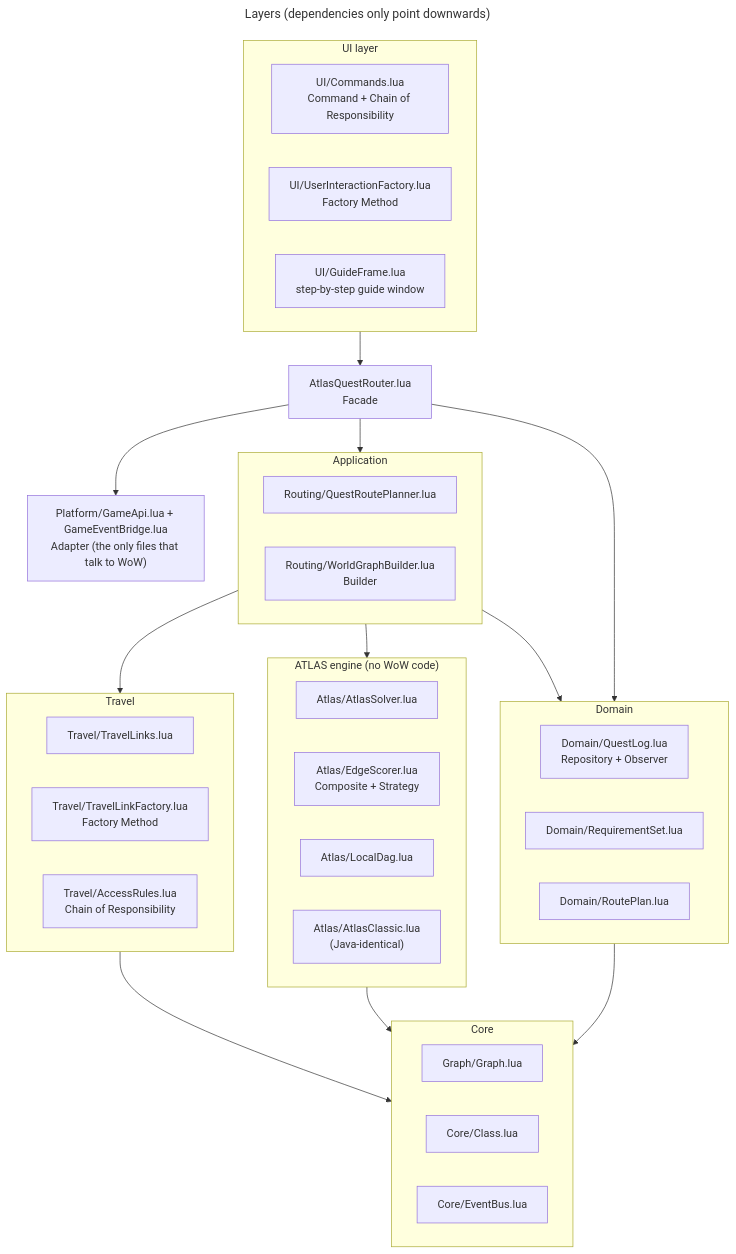
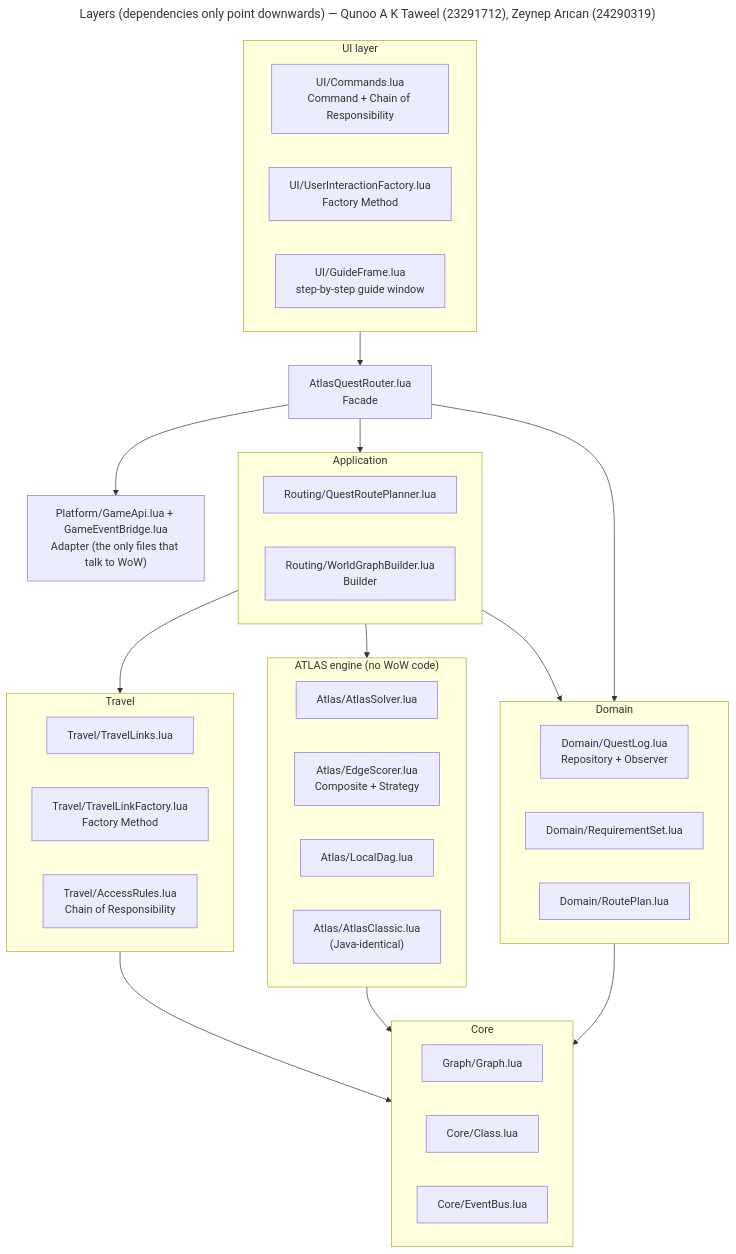
One commit to Qanoo-Taweel/wow-atlas-quest-router changed the diagram in docs/diagrams/packages.mmd. Above: the diagram before and after it, drawn with Mermaid. The commit also changed 18 other files, not shown here.

First line of the commit message:
UML: sync full class diagram with code, print-ready PDF, authors

```diff
--- a/docs/diagrams/packages.mmd
+++ b/docs/diagrams/packages.mmd
@@ -1,46 +1,46 @@
 ---
-title: Layers (dependencies only point downwards)
+title: Layers (dependencies only point downwards) — Qunoo A K Taweel (23291712), Zeynep Arıcan (24290319)
 ---
 flowchart TB
   subgraph UI["UI layer"]
     Commands["UI/Commands.lua<br/>Command + Chain of Responsibility"]
     Factory["UI/UserInteractionFactory.lua<br/>Factory Method"]
     Guide["UI/GuideFrame.lua<br/>step-by-step guide window"]
   end
   Facade["AtlasQuestRouter.lua<br/>Facade"]
   subgraph APP["Application"]
     Planner["Routing/QuestRoutePlanner.lua"]
     Builder["Routing/WorldGraphBuilder.lua<br/>Builder"]
   end
   subgraph DOMAIN["Domain"]
     QuestLog["Domain/QuestLog.lua<br/>Repository + Observer"]
     Req["Domain/RequirementSet.lua"]
     Plan["Domain/RoutePlan.lua"]
   end
   subgraph TRAVEL["Travel"]
     Links["Travel/TravelLinks.lua"]
     LinkFactory["Travel/TravelLinkFactory.lua<br/>Factory Method"]
     Rules["Travel/AccessRules.lua<br/>Chain of Responsibility"]
   end
   subgraph ATLAS["ATLAS engine (no WoW code)"]
     Solver["Atlas/AtlasSolver.lua"]
     Scorer["Atlas/EdgeScorer.lua<br/>Composite + Strategy"]
     Dag["Atlas/LocalDag.lua"]
     Classic["Atlas/AtlasClassic.lua<br/>(Java-identical)"]
   end
   subgraph CORE["Core"]
     Graph["Graph/Graph.lua"]
     Class["Core/Class.lua"]
     Bus["Core/EventBus.lua"]
   end
   Platform["Platform/GameApi.lua + GameEventBridge.lua<br/>Adapter (the only files that talk to WoW)"]
   UI --> Facade
   Facade --> APP
   Facade --> DOMAIN
   Facade --> Platform
   APP --> TRAVEL
   APP --> ATLAS
   APP --> DOMAIN
   ATLAS --> CORE
   TRAVEL --> CORE
   DOMAIN --> CORE
```
